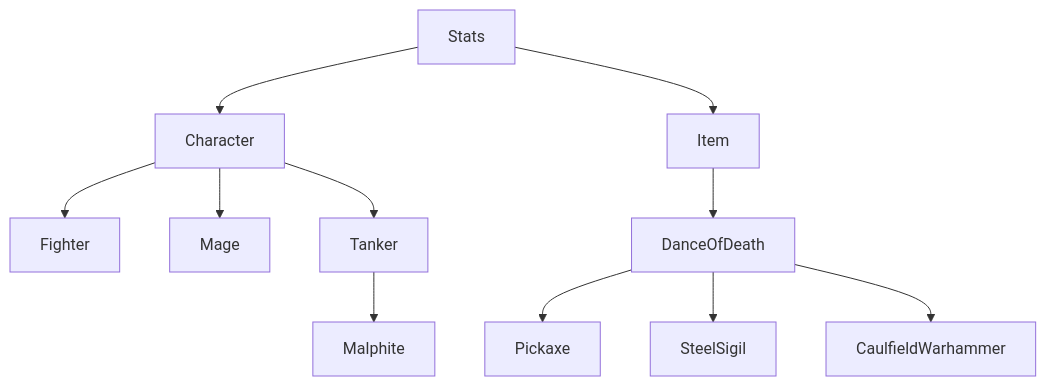
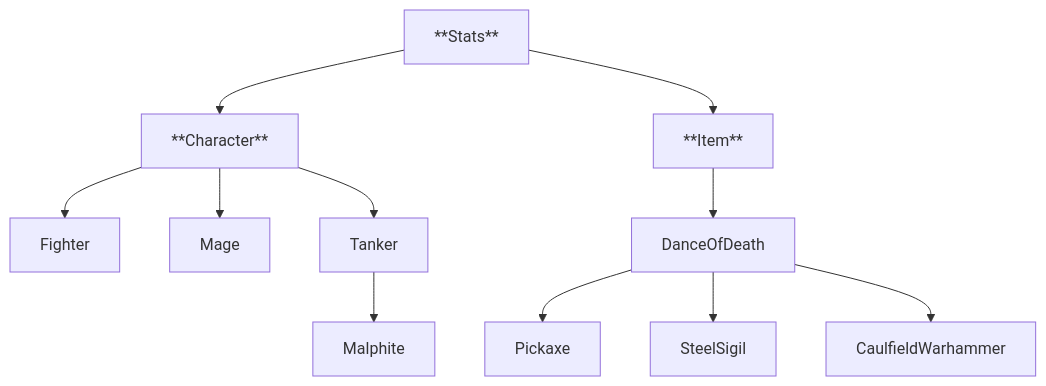
The diagram in lol_ws/README.md (jhj1111/study_oop_practice), drawn with Mermaid before and after one commit. The commit also changed other lines of this file, not shown here.

````diff
--- a/lol_ws/README.md
+++ b/lol_ws/README.md
@@ -2,8 +2,8 @@
 ```mermaid
 flowchart TB
-    Stats --> Character & Item
-    Character --> Fighter & Mage & Tanker
+    **Stats** --> **Character** & **Item**
+    **Character** --> Fighter & Mage & Tanker
     Tanker --> Malphite
-    Item --> DanceOfDeath
+    **Item** --> DanceOfDeath
     DanceOfDeath --> Pickaxe & SteelSigil & CaulfieldWarhammer
 ```
````
